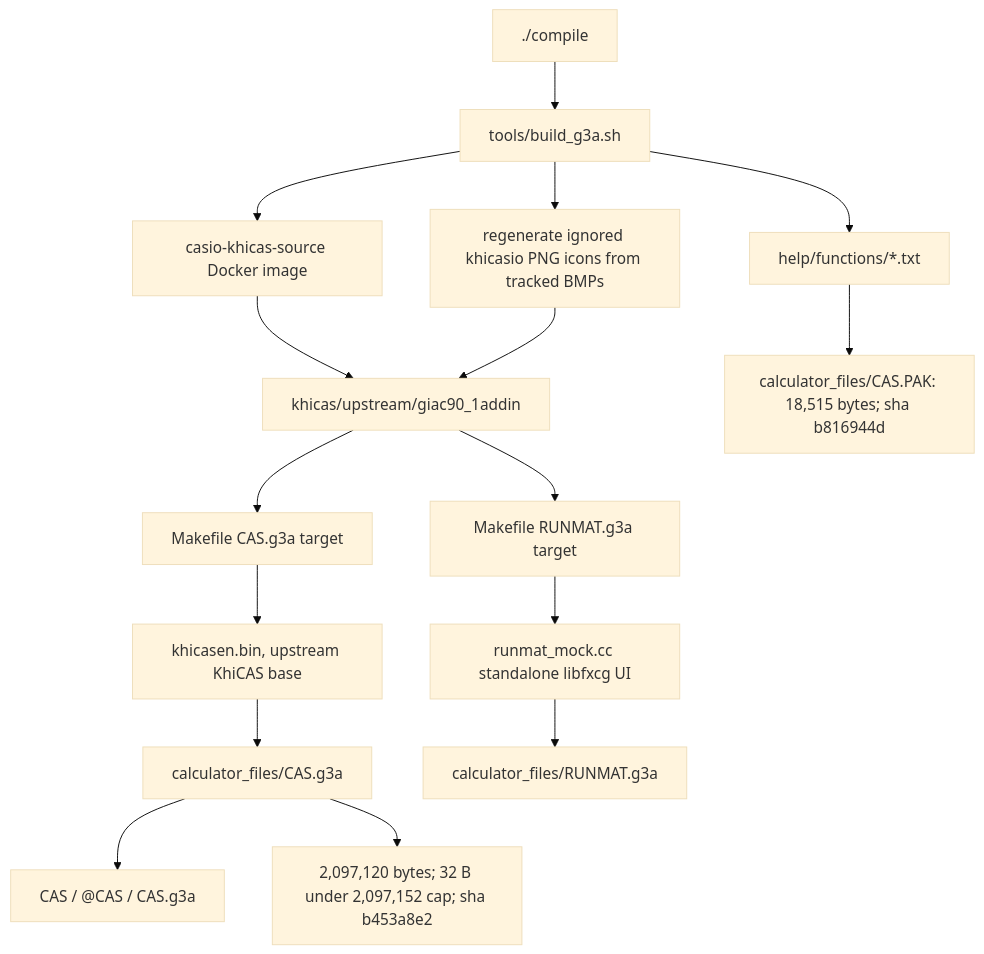
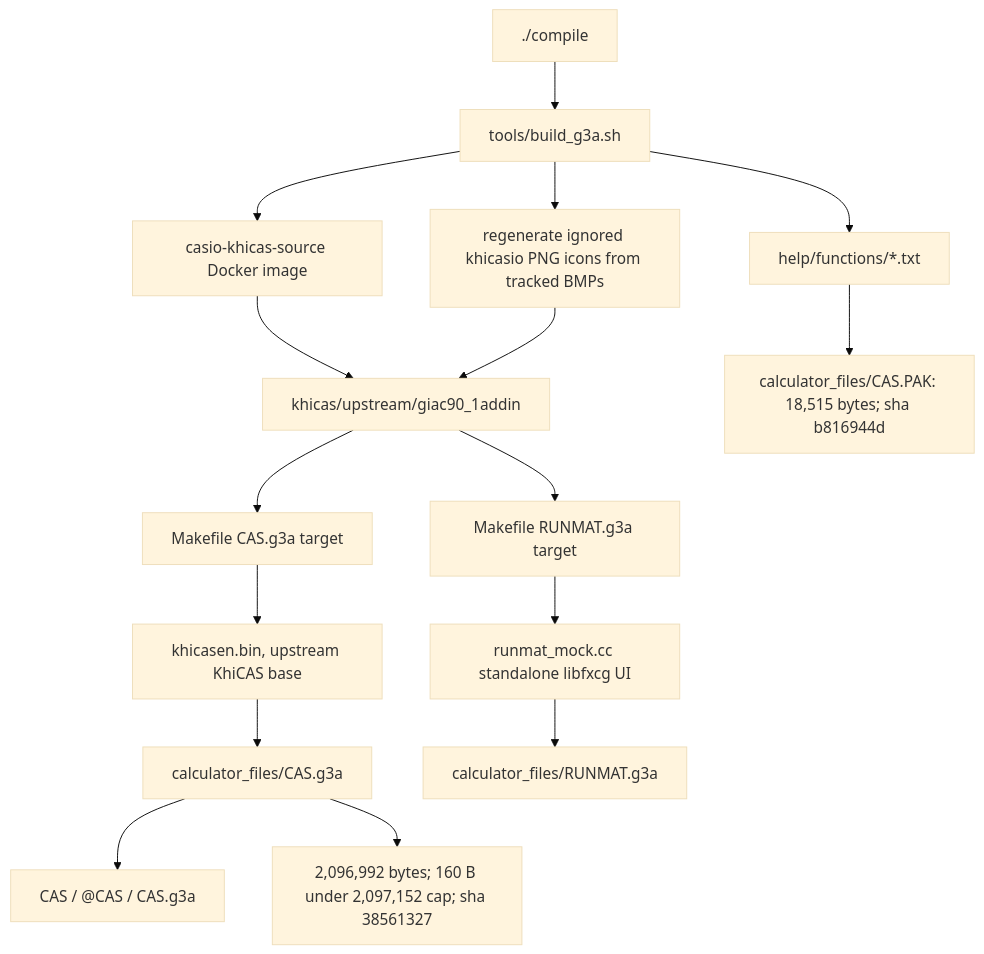
The first of 7 diagrams in docs/GRAPH.md (james8464/notes-addin-casio-fx-cg50), drawn with Mermaid (base theme) before and after one commit. The commit also changed other lines of this file and 4 other files, not shown here.

````diff
--- a/docs/GRAPH.md
+++ b/docs/GRAPH.md
@@ -7,18 +7,18 @@
 ```mermaid
 graph TD
   Compile["./compile"] --> Build["tools/build_g3a.sh"]
   Build --> Docker["casio-khicas-source Docker image"]
   Docker --> Src["khicas/upstream/giac90_1addin"]
   Build --> Icons["regenerate ignored khicasio PNG icons from tracked BMPs"]
   Icons --> Src
   Src --> Make["Makefile CAS.g3a target"]
   Make --> Bin["khicasen.bin, upstream KhiCAS base"]
   Bin --> G3A["calculator_files/CAS.g3a"]
   Src --> RunMatMake["Makefile RUNMAT.g3a target"]
   RunMatMake --> RunMatSrc["runmat_mock.cc standalone libfxcg UI"]
   RunMatSrc --> RunMatG3A["calculator_files/RUNMAT.g3a"]
   Build --> Help["help/functions/*.txt"]
   Help --> PAK["calculator_files/CAS.PAK: 18,515 bytes; sha b816944d"]
   G3A --> Meta["CAS / @CAS / CAS.g3a"]
-  G3A --> Size["2,097,120 bytes; 32 B under 2,097,152 cap; sha b453a8e2"]
+  G3A --> Size["2,096,992 bytes; 160 B under 2,097,152 cap; sha 38561327"]
 ```
````
